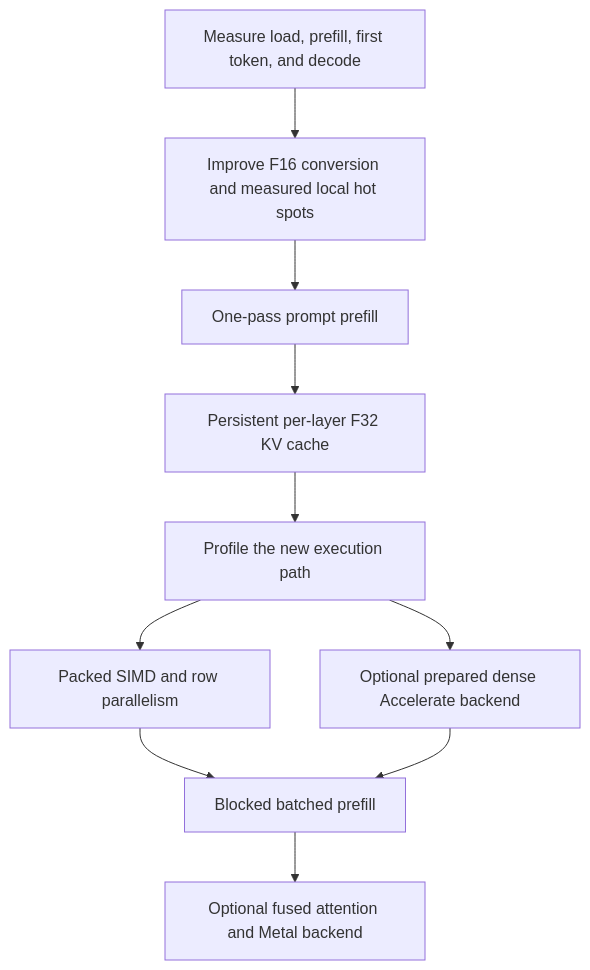
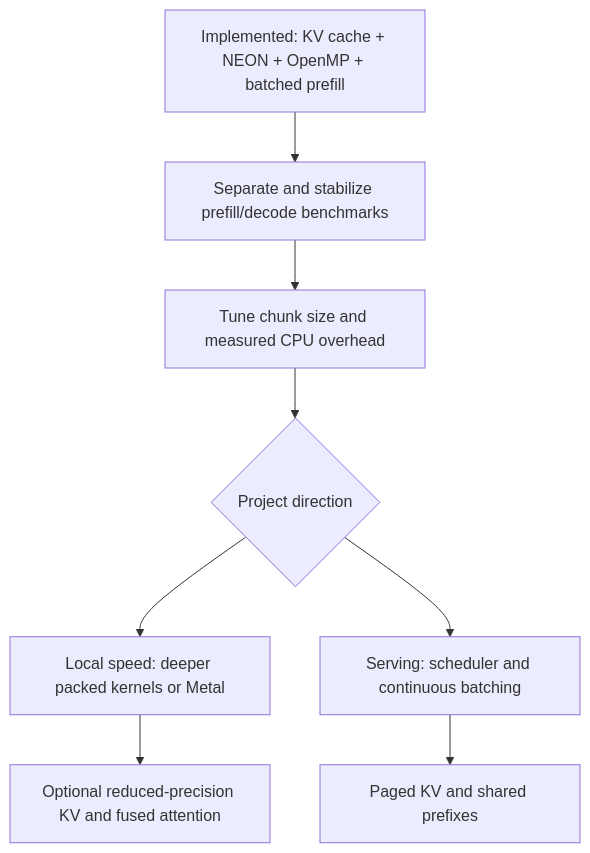
One commit to trungnguyen21/my-inference-engine changed the diagram in docs/optimization-roadmap.md. Above: the diagram before and after it, drawn with Mermaid. The commit also changed other lines of this file and 8 other files, not shown here.

````diff
--- a/docs/optimization-roadmap.md
+++ b/docs/optimization-roadmap.md
@@ -429,12 +455,10 @@
 ```mermaid
 flowchart TD
-    A[Measure load, prefill, first token, and decode] --> B[Improve F16 conversion and measured local hot spots]
-    B --> C[One-pass prompt prefill]
-    C --> D[Persistent per-layer F32 KV cache]
-    D --> E[Profile the new execution path]
-    E --> F[Packed SIMD and row parallelism]
-    E --> G[Optional prepared dense Accelerate backend]
-    F --> H[Blocked batched prefill]
-    G --> H
-    H --> I[Optional fused attention and Metal backend]
+    A[Implemented: KV cache + NEON + OpenMP + batched prefill] --> B[Separate and stabilize prefill/decode benchmarks]
+    B --> C[Tune chunk size and measured CPU overhead]
+    C --> D{Project direction}
+    D --> E[Local speed: deeper packed kernels or Metal]
+    D --> F[Serving: scheduler and continuous batching]
+    E --> G[Optional reduced-precision KV and fused attention]
+    F --> H[Paged KV and shared prefixes]
 ```
````
